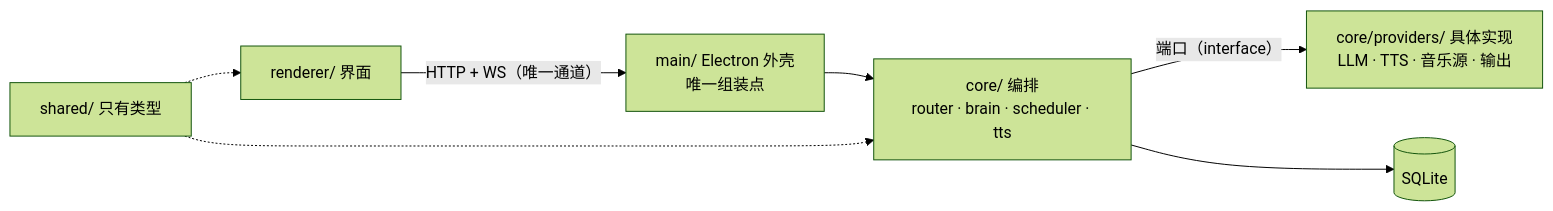
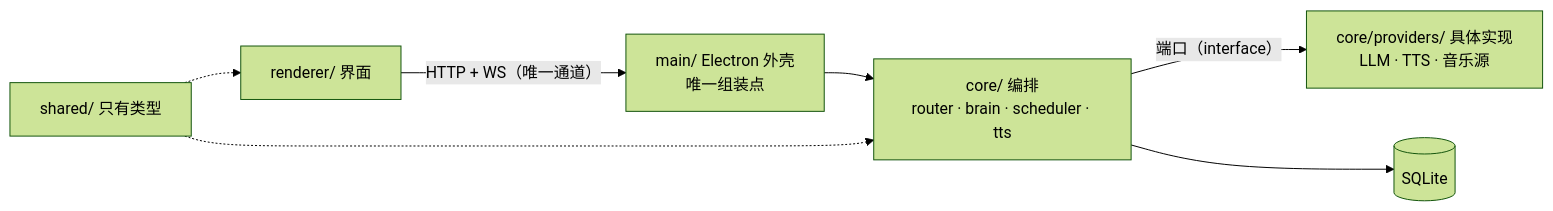
The diagram in README.md (xshouter/ai-music-radio), drawn with Mermaid (forest theme) before and after one commit. The commit also changed other lines of this file, not shown here.

````diff
--- a/README.md
+++ b/README.md
@@ -40,9 +40,9 @@
 ```mermaid
 flowchart LR
   R["renderer/ 界面"] -- "HTTP + WS（唯一通道）" --> M["main/ Electron 外壳<br/>唯一组装点"]
   M --> C["core/ 编排<br/>router · brain · scheduler · tts"]
-  C -- "端口（interface）" --> P["core/providers/ 具体实现<br/>LLM · TTS · 音乐源 · 输出"]
+  C -- "端口（interface）" --> P["core/providers/ 具体实现<br/>LLM · TTS · 音乐源"]
   C --> S[("SQLite")]
   SH["shared/ 只有类型"] -.-> R
   SH -.-> C
 ```
````
